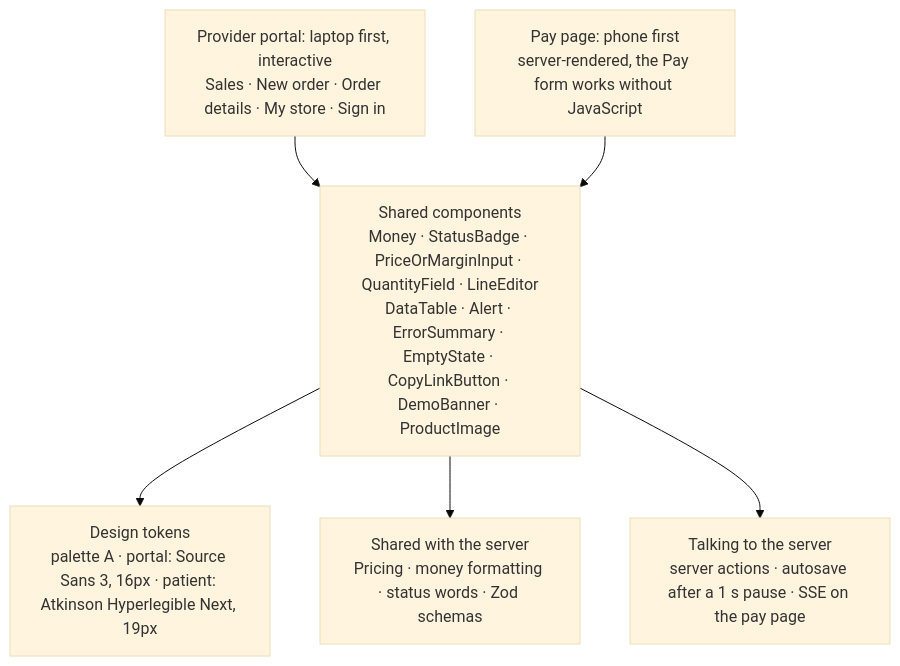
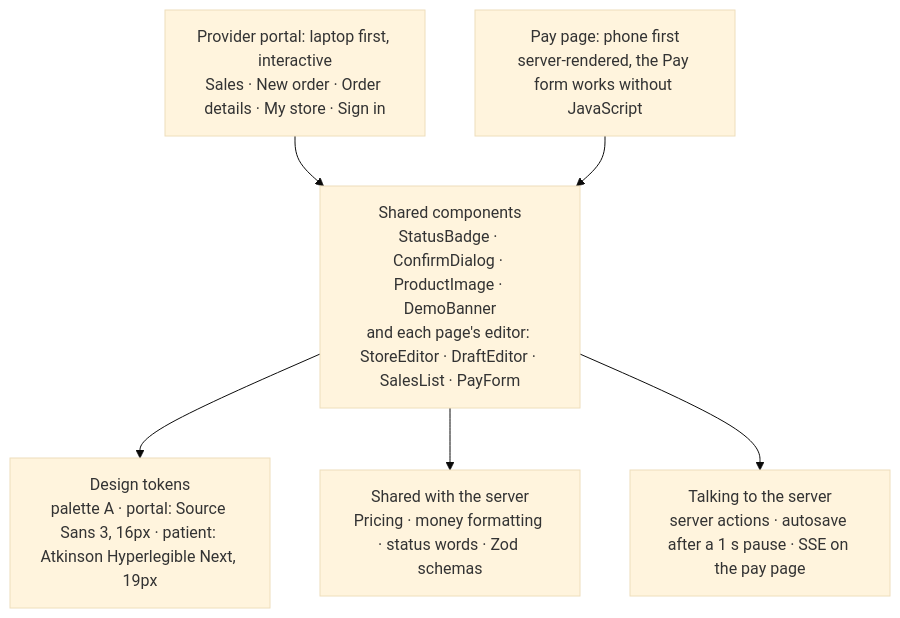
One commit to joshuatagoe/ecommerce-supplement-store changed the fifth of 6 diagrams in docs/ARCHITECTURE.md. Above: the diagram before and after it, drawn with Mermaid (base theme). The commit also changed other lines of this file and 13 other files, not shown here.

````diff
--- a/docs/ARCHITECTURE.md
+++ b/docs/ARCHITECTURE.md
@@ -583,9 +583,9 @@
 ```mermaid
 flowchart TB
   portal["Provider portal: laptop first, interactive<br/>Sales · New order · Order details · My store · Sign in"] --> comps
   paypage["Pay page: phone first<br/>server-rendered, the Pay form works without JavaScript"] --> comps
-  comps["Shared components<br/>Money · StatusBadge · PriceOrMarginInput · QuantityField · LineEditor<br/>DataTable · Alert · ErrorSummary · EmptyState · CopyLinkButton · DemoBanner · ProductImage"]
+  comps["Shared components<br/>StatusBadge · ConfirmDialog · ProductImage · DemoBanner<br/>and each page's editor: StoreEditor · DraftEditor · SalesList · PayForm"]
   comps --> tokens["Design tokens<br/>palette A · portal: Source Sans 3, 16px · patient: Atkinson Hyperlegible Next, 19px"]
   comps --> shared["Shared with the server<br/>Pricing · money formatting · status words · Zod schemas"]
   comps --> io["Talking to the server<br/>server actions · autosave after a 1 s pause · SSE on the pay page"]
 ```
````
